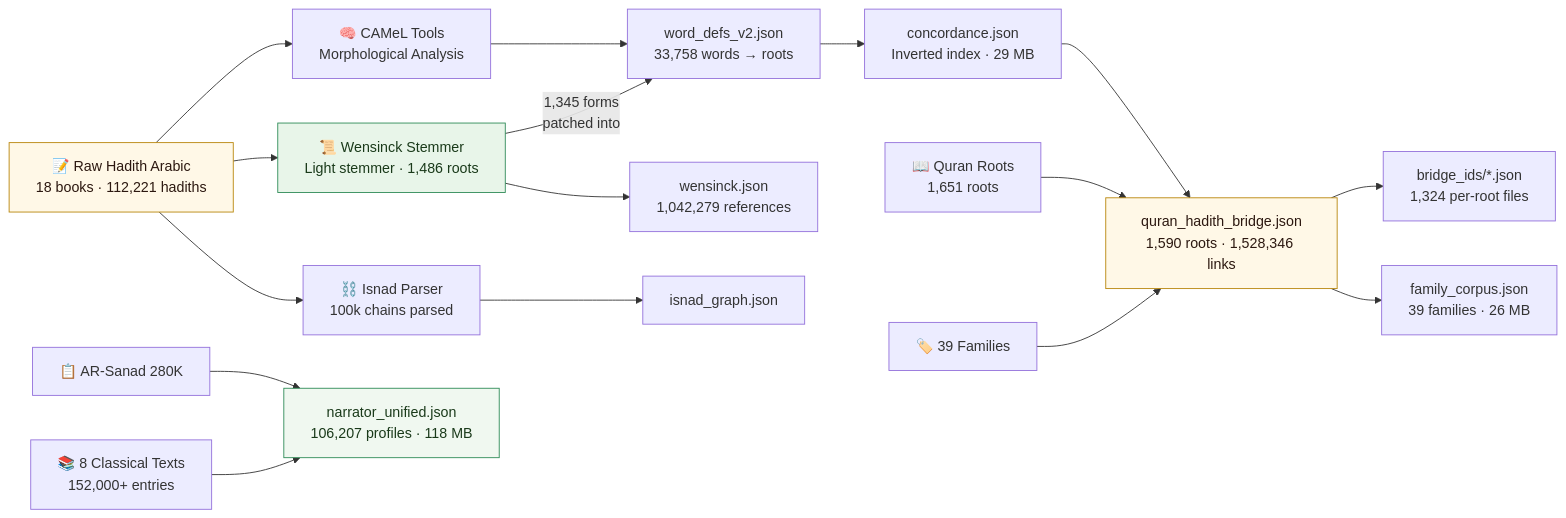
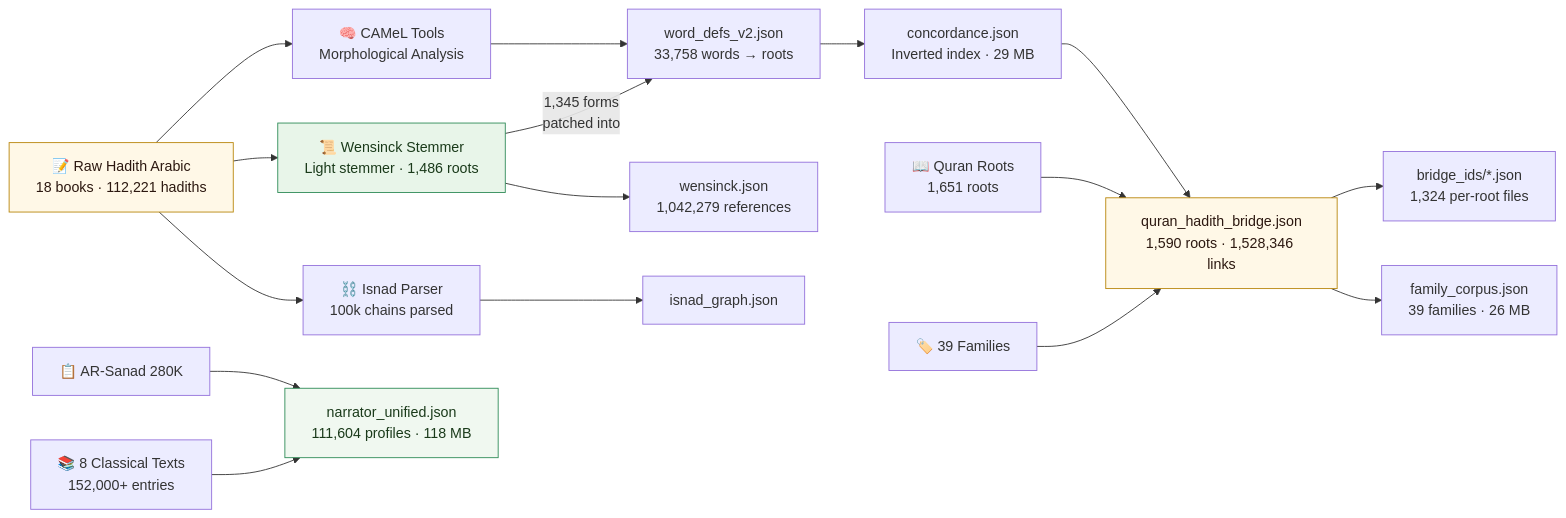
The second of 3 diagrams in README.md (R3GENESI5/hadith), drawn with Mermaid before and after one commit. The commit also changed other lines of this file and 21 other files, not shown here.

````diff
--- a/README.md
+++ b/README.md
@@ -818,26 +818,26 @@
 ```mermaid
 graph LR
     RAW["📝 Raw Hadith Arabic<br/>18 books · 112,221 hadiths"] --> CAMEL["🧠 CAMeL Tools<br/>Morphological Analysis"]
     CAMEL --> WD["word_defs_v2.json<br/>33,758 words → roots"]
     WD --> CONC["concordance.json<br/>Inverted index · 29 MB"]
     CONC --> BRIDGE["quran_hadith_bridge.json<br/>1,590 roots · 1,528,346 links"]
 
     RAW --> WENSINCK["📜 Wensinck Stemmer<br/>Light stemmer · 1,486 roots"]
     WENSINCK --> |"1,345 forms<br/>patched into"| WD
     WENSINCK --> WJSON["wensinck.json<br/>1,042,279 references"]
 
     QROOTS["📖 Quran Roots<br/>1,651 roots"] --> BRIDGE
     FAMILIES["🏷️ 39 Families"] --> BRIDGE
     BRIDGE --> BIDS["bridge_ids/*.json<br/>1,324 per-root files"]
     BRIDGE --> FCORP["family_corpus.json<br/>39 families · 26 MB"]
 
     RAW --> ISNAD["⛓️ Isnad Parser<br/>100k chains parsed"]
     ISNAD --> IG["isnad_graph.json"]
-    ARSANAD["📋 AR-Sanad 280K"] --> UNIFIED["narrator_unified.json<br/>106,207 profiles · 118 MB"]
+    ARSANAD["📋 AR-Sanad 280K"] --> UNIFIED["narrator_unified.json<br/>111,604 profiles · 118 MB"]
     OPENITI["📚 8 Classical Texts<br/>152,000+ entries"] --> UNIFIED
 
     style RAW fill:#fff8e7,stroke:#b8860b,color:#2c1810
     style BRIDGE fill:#fff8e7,stroke:#b8860b,color:#2c1810
     style UNIFIED fill:#f0f8f0,stroke:#2e8b57,color:#1a3a1a
     style WENSINCK fill:#e8f5e9,stroke:#2e8b57,color:#1a3a1a
 ```
````
